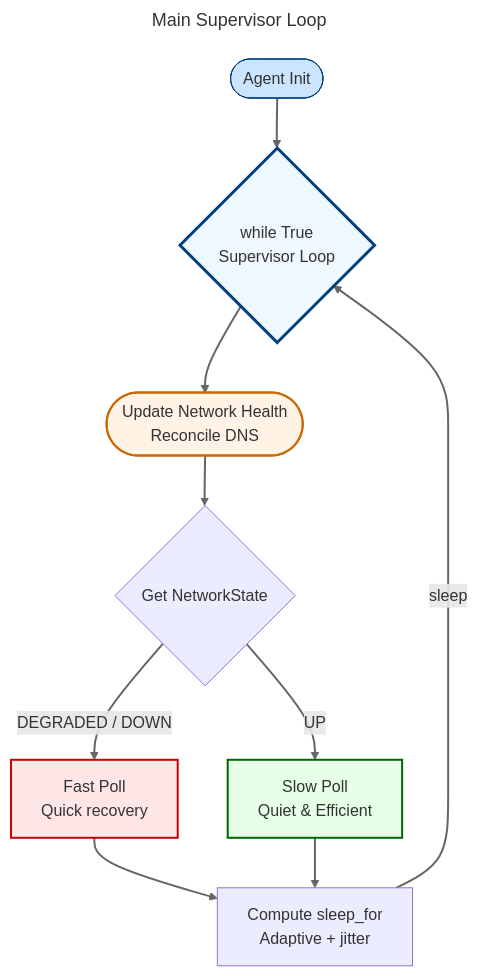
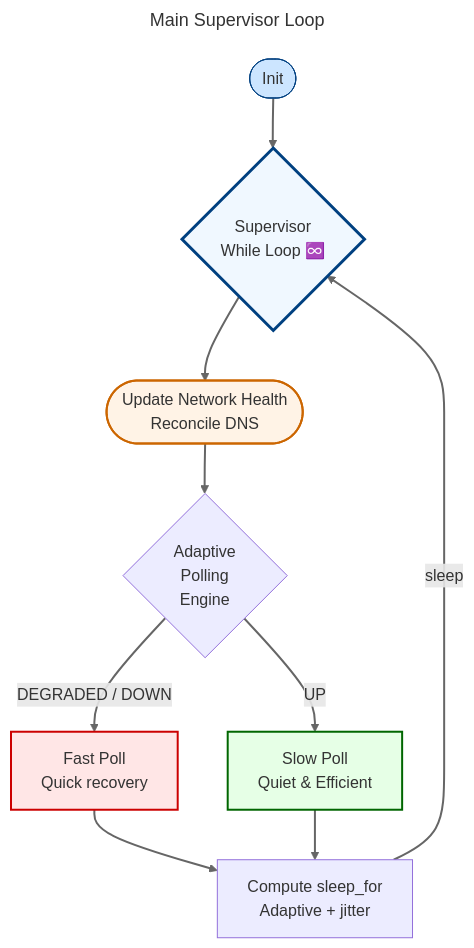
One commit to bkaewell/micro-services changed the second of 19 diagrams in update_dns/docs/VPN-DNS-STACK.md. Above: the diagram before and after it, drawn with Mermaid. The commit also changed other lines of this file, not shown here.

Commit message:
Experimenting with mermaid diagrams

````diff
--- a/update_dns/docs/VPN-DNS-STACK.md
+++ b/update_dns/docs/VPN-DNS-STACK.md
@@ -80,33 +80,33 @@
 ```mermaid
 ---
 title: Main Supervisor Loop
 config:
    look: classic
    theme: 'default'
 ---
 graph TD
-    Start([Agent Init]) --> Loop{while True<br>Supervisor Loop}
+    Start([Init]) --> Loop{Supervisor<br>While Loop ♾️}
 
     Loop --> Update([Update Network Health<br>Reconcile DNS])
 
-    Update --> State{Get NetworkState}
+    Update --> Poll{Adaptive<br>Polling<br>Engine}
 
-    State -->|DEGRADED / DOWN| Fast[Fast Poll<br>Quick recovery]
+    Poll -->|DEGRADED / DOWN| Fast[Fast Poll<br>Quick recovery]
 
-    State -->|UP| Slow[Slow Poll<br>Quiet & Efficient]
+    Poll -->|UP| Slow[Slow Poll<br>Quiet & Efficient]
 
     Fast --> Sleep[Compute sleep_for<br>Adaptive + jitter]
 
     Slow --> Sleep
 
     Sleep -->|sleep| Loop
 
     %% Visual highlights: fast=urgent, slow=calm, loop=infinite
     style Fast fill:#ffe6e6,stroke:#cc0000,stroke-width:2px
     style Slow fill:#e6ffe6,stroke:#006600,stroke-width:2px
     style Loop fill:#f0f8ff,stroke:#004080,stroke-width:3px,rx:12,ry:12
     style Update fill:#fff3e6,stroke:#cc6600,stroke-width:2px
     style Start fill:#cce5ff,stroke:#004080,rx:12,ry:12
 
     linkStyle default stroke:#666,stroke-width:2px
 ```
````
